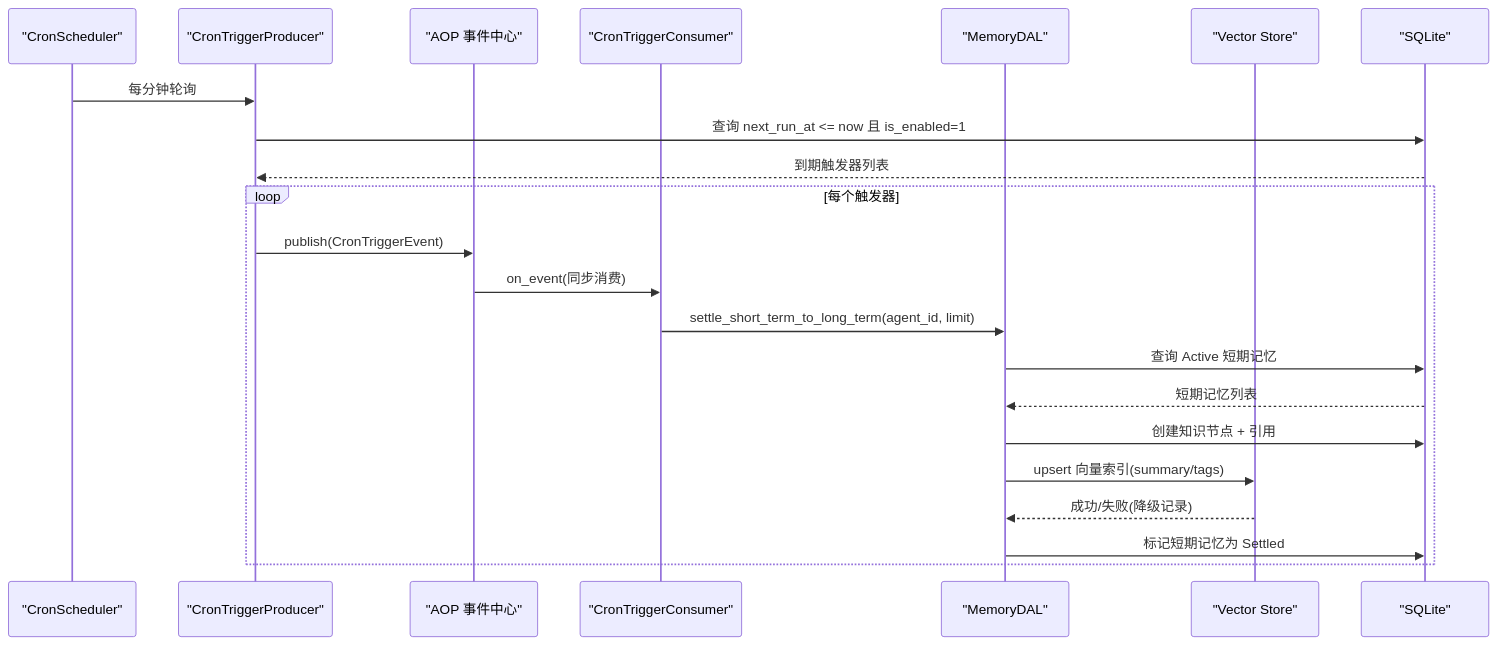
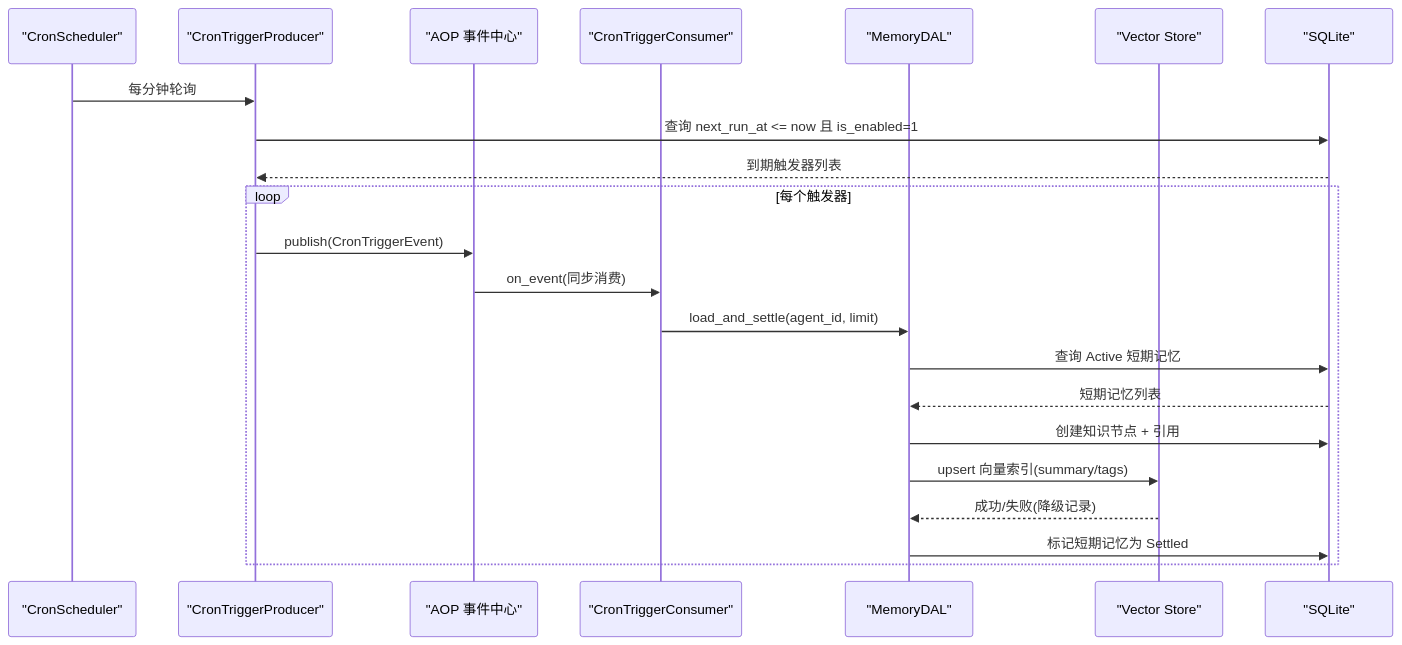
Before and after one commit to runningcoders/ai_orz: the second of 7 diagrams in docs/wiki/zh/content/项目概述/核心功能特性/四层记忆系统/记忆沉淀机制.md, drawn with Mermaid. The commit also changed other lines of this file and 82 other files, not shown here.

````diff
--- a/docs/wiki/zh/content/项目概述/核心功能特性/四层记忆系统/记忆沉淀机制.md
+++ b/docs/wiki/zh/content/项目概述/核心功能特性/四层记忆系统/记忆沉淀机制.md
@@ -113,24 +113,24 @@
 ```mermaid
 sequenceDiagram
 participant S as "CronScheduler"
 participant P as "CronTriggerProducer"
 participant E as "AOP 事件中心"
 participant C as "CronTriggerConsumer"
 participant M as "MemoryDAL"
 participant V as "Vector Store"
 participant DB as "SQLite"
 S->>P : 每分钟轮询
 P->>DB : 查询 next_run_at <= now 且 is_enabled=1
 DB-->>P : 到期触发器列表
 loop 每个触发器
 P->>E : publish(CronTriggerEvent)
 E->>C : on_event(同步消费)
-C->>M : settle_short_term_to_long_term(agent_id, limit)
+C->>M : load_and_settle(agent_id, limit)
 M->>DB : 查询 Active 短期记忆
 DB-->>M : 短期记忆列表
 M->>DB : 创建知识节点 + 引用
 M->>V : upsert 向量索引(summary/tags)
 V-->>M : 成功/失败(降级记录)
 M->>DB : 标记短期记忆为 Settled
 end
 ```
````
